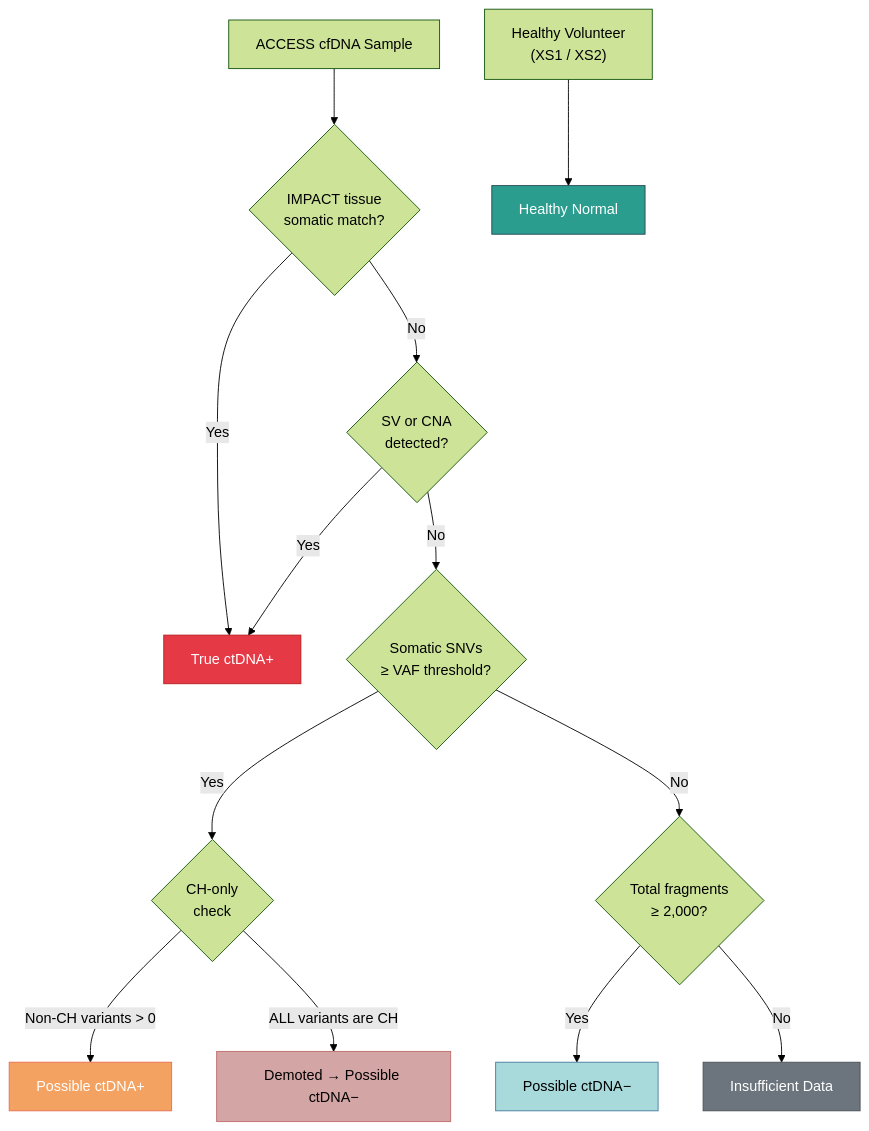
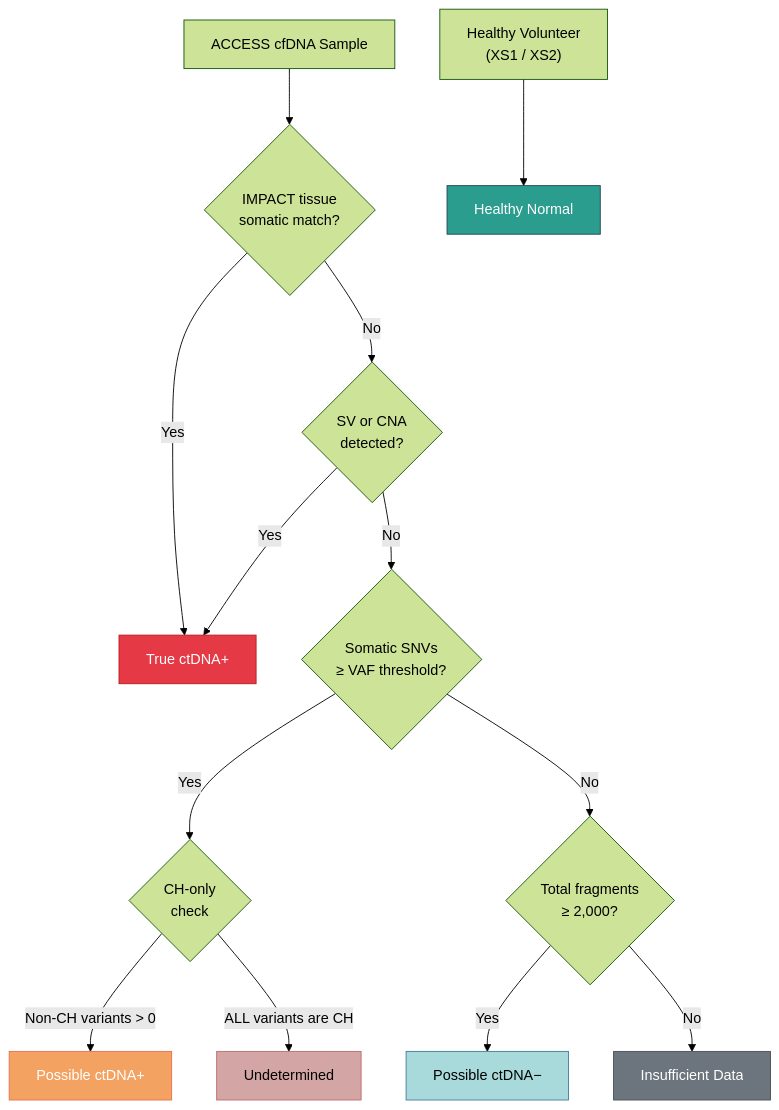
The diagram in docs/biology/ctdna-labeling.md (msk-access/kreview), drawn with Mermaid (forest theme) before and after one commit. The commit also changed other lines of this file and 45 other files, not shown here.

````diff
--- a/docs/biology/ctdna-labeling.md
+++ b/docs/biology/ctdna-labeling.md
@@ -25,23 +25,23 @@
 ```mermaid
 flowchart TD
     classDef pos fill:#e63946,stroke:#b71c1c,color:#fff;
     classDef ppos fill:#f4a261,stroke:#e76f51,color:#fff;
     classDef pneg fill:#a8dadc,stroke:#457b9d,color:#000;
     classDef healthy fill:#2a9d8f,stroke:#264653,color:#fff;
     classDef insuf fill:#6c757d,stroke:#495057,color:#fff;
     classDef demote fill:#d4a5a5,stroke:#c06c6c,color:#000;
 
     S["ACCESS cfDNA Sample"] --> IMPACT{"IMPACT tissue\nsomatic match?"}
     IMPACT -->|Yes| TRUE["True ctDNA+"]:::pos
     IMPACT -->|No| SV_CNA{"SV or CNA\ndetected?"}
     SV_CNA -->|Yes| TRUE
     SV_CNA -->|No| SNV{"Somatic SNVs\n≥ VAF threshold?"}
     SNV -->|Yes| CH{"CH-only\ncheck"}
     CH -->|"Non-CH variants > 0"| POSS_POS["Possible ctDNA+"]:::ppos
-    CH -->|"ALL variants are CH"| DEMOTED["Demoted → Possible ctDNA−"]:::demote
+    CH -->|"ALL variants are CH"| UNDET["Undetermined"]:::demote
     SNV -->|No| DEPTH{"Total fragments\n≥ 2,000?"}
     DEPTH -->|Yes| POSS_NEG["Possible ctDNA−"]:::pneg
     DEPTH -->|No| INSUF["Insufficient Data"]:::insuf
 
     HEALTHY["Healthy Volunteer\n(XS1 / XS2)"] --> HN["Healthy Normal"]:::healthy
 ```
````
